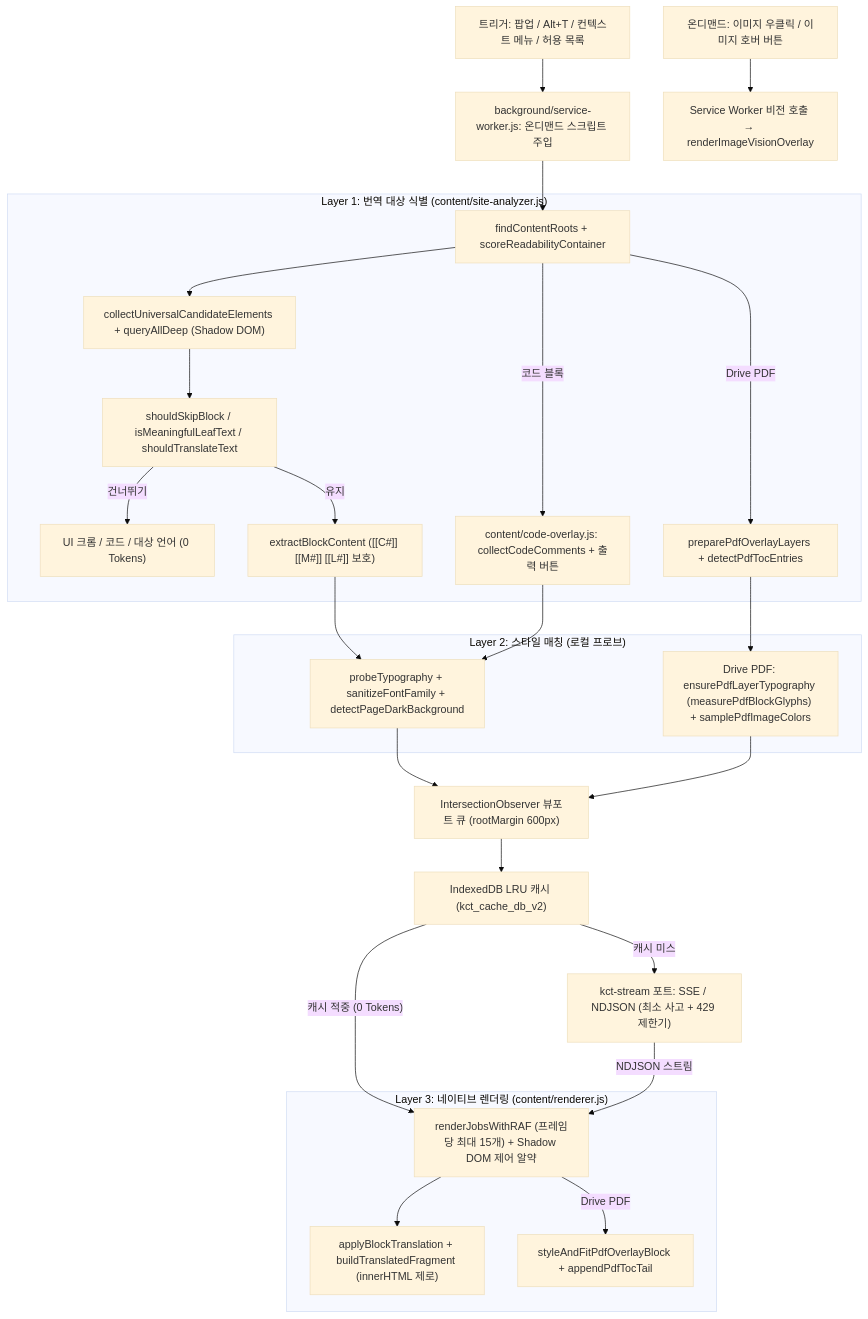
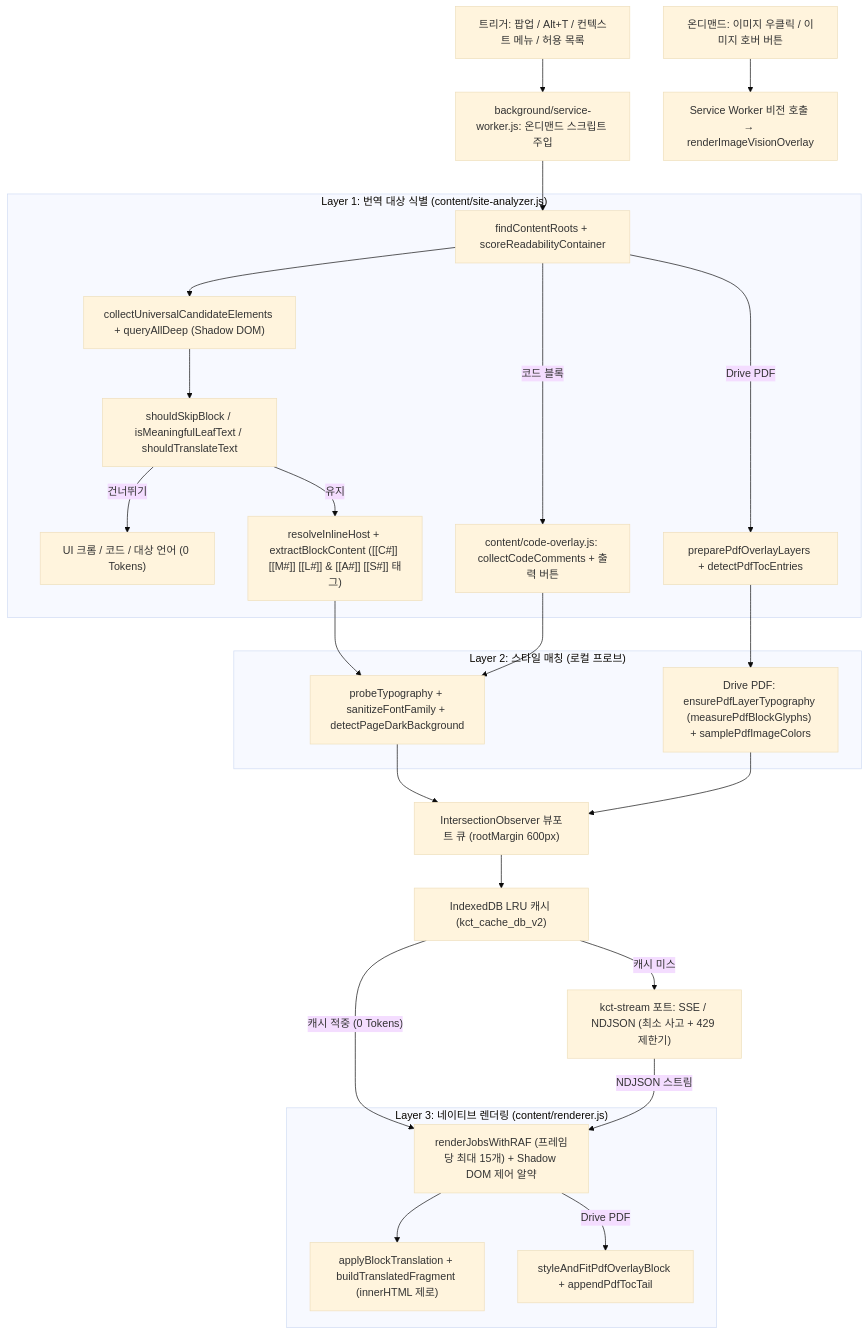
The second of 2 diagrams in README.ko.md (Chih-Kai-Wang/kaggle-course-translator), drawn with Mermaid (base theme) before and after one commit. The commit also changed other lines of this file and 47 other files, not shown here.

````diff
--- a/README.ko.md
+++ b/README.ko.md
@@ -104,39 +126,39 @@
 ```mermaid
 flowchart TD
     A["트리거: 팝업 / Alt+T / 컨텍스트 메뉴 / 허용 목록"] --> B["background/service-worker.js: 온디맨드 스크립트 주입"]
     B --> C1
 
     subgraph L1["Layer 1: 번역 대상 식별 (content/site-analyzer.js)"]
         C1["findContentRoots + scoreReadabilityContainer"]
         C1 --> C2["collectUniversalCandidateElements + queryAllDeep (Shadow DOM)"]
         C2 --> C3["shouldSkipBlock / isMeaningfulLeafText / shouldTranslateText"]
         C3 -->|"건너뛰기"| SKIP["UI 크롬 / 코드 / 대상 언어 (0 Tokens)"]
-        C3 -->|"유지"| C4["extractBlockContent ([[C#]] [[M#]] [[L#]] 보호)"]
+        C3 -->|"유지"| C4["resolveInlineHost + extractBlockContent ([[C#]] [[M#]] [[L#]] & [[A#]] [[S#]] 태그)"]
         C1 -->|"Drive PDF"| C5["preparePdfOverlayLayers + detectPdfTocEntries"]
         C1 -->|"코드 블록"| C6["content/code-overlay.js: collectCodeComments + 출력 버튼"]
     end
 
     subgraph L2["Layer 2: 스타일 매칭 (로컬 프로브)"]
         D1["probeTypography + sanitizeFontFamily + detectPageDarkBackground"]
         D2["Drive PDF: ensurePdfLayerTypography (measurePdfBlockGlyphs) + samplePdfImageColors"]
     end
 
     C4 --> D1
     C6 --> D1
     C5 --> D2
 
     D1 --> Q1["IntersectionObserver 뷰포트 큐 (rootMargin 600px)"]
     D2 --> Q1
     Q1 --> Q2["IndexedDB LRU 캐시 (kct_cache_db_v2)"]
     Q2 -->|"캐시 적중 (0 Tokens)"| R1
     Q2 -->|"캐시 미스"| Q3["kct-stream 포트: SSE / NDJSON (최소 사고 + 429 제한기)"]
     Q3 -->|"NDJSON 스트림"| R1
 
     subgraph L3["Layer 3: 네이티브 렌더링 (content/renderer.js)"]
         R1["renderJobsWithRAF (프레임당 최대 15개) + Shadow DOM 제어 알약"]
         R1 --> R2["applyBlockTranslation + buildTranslatedFragment (innerHTML 제로)"]
         R1 -->|"Drive PDF"| R3["styleAndFitPdfOverlayBlock + appendPdfTocTail"]
     end
 
     M1["온디맨드: 이미지 우클릭 / 이미지 호버 버튼"] --> M2["Service Worker 비전 호출 → renderImageVisionOverlay"]
 ```
````
